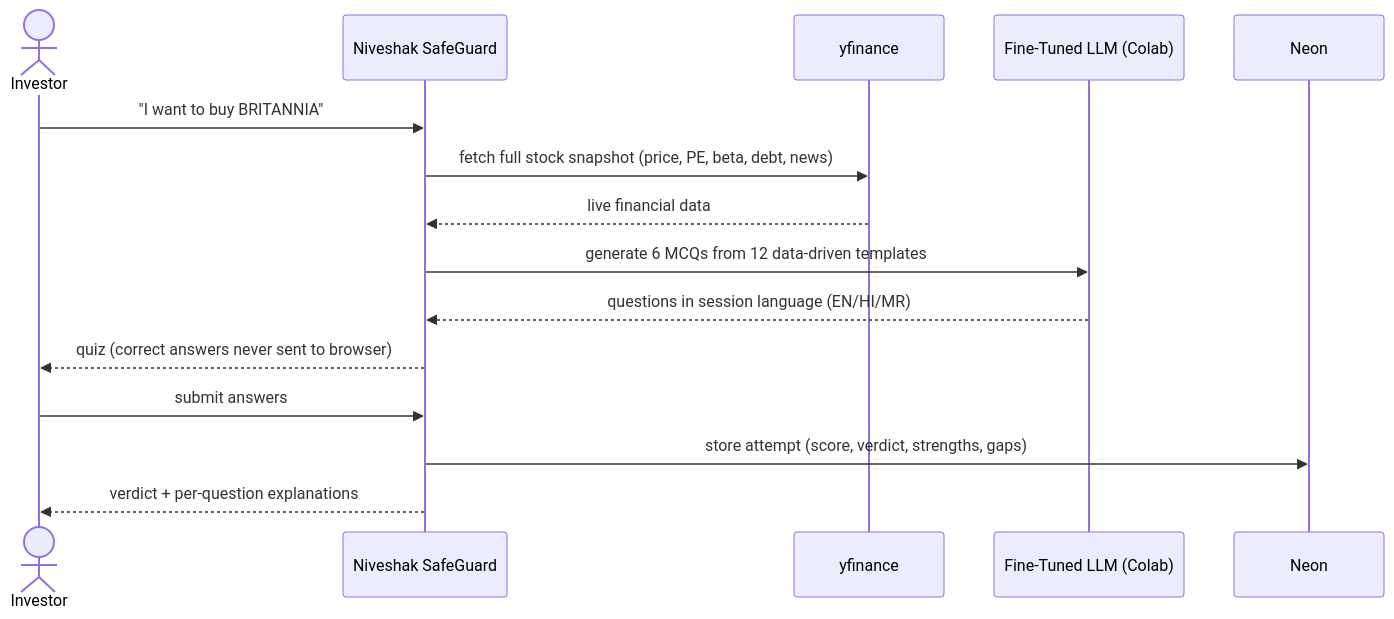
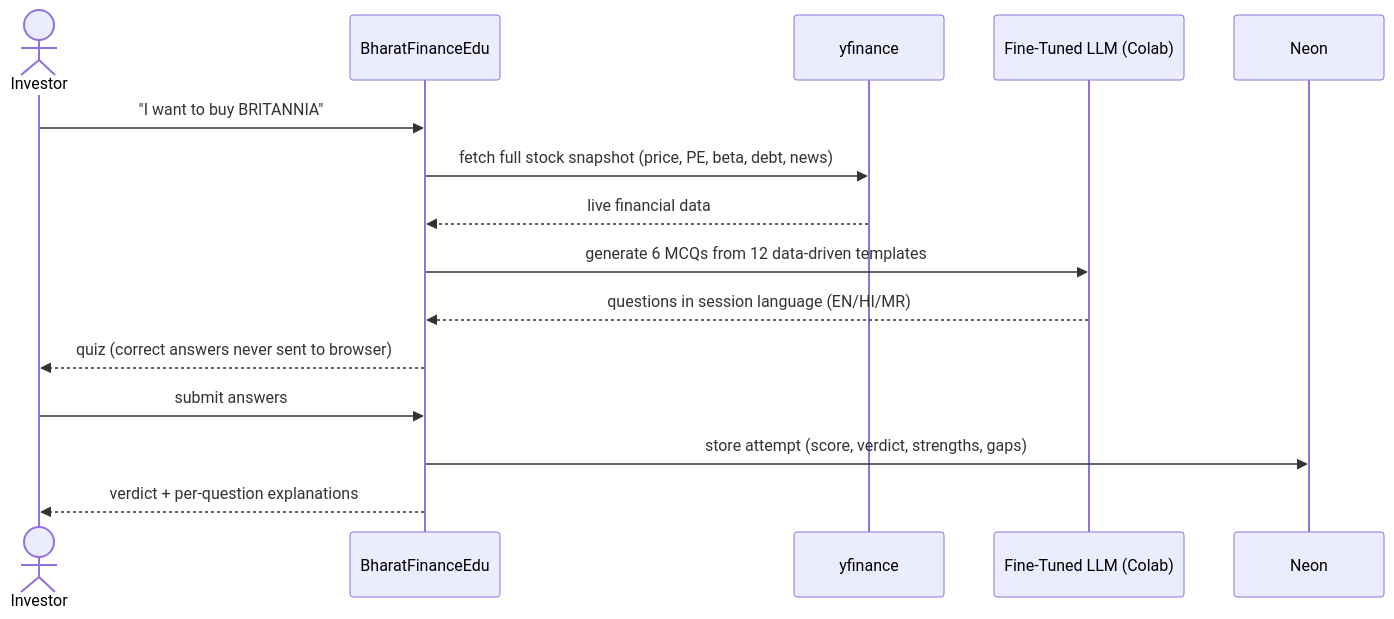
Before and after one commit to VishwaRK-ai/BharatFinanceEdu: the second of 2 diagrams in README.md, drawn with Mermaid. The commit also changed other lines of this file and 6 other files, not shown here.

Commit message:
Update project and UI branding to BharatFinanceEdu

````diff
--- a/README.md
+++ b/README.md
@@ -329,18 +329,18 @@
 ```mermaid
 sequenceDiagram
     actor U as Investor
-    participant NS as Niveshak SafeGuard
+    participant NS as BharatFinanceEdu
     participant YF as yfinance
     participant LLM as Fine-Tuned LLM (Colab)
     participant DB as Neon
 
     U->>NS: "I want to buy BRITANNIA"
     NS->>YF: fetch full stock snapshot (price, PE, beta, debt, news)
     YF-->>NS: live financial data
     NS->>LLM: generate 6 MCQs from 12 data-driven templates
     LLM-->>NS: questions in session language (EN/HI/MR)
     NS-->>U: quiz (correct answers never sent to browser)
     U->>NS: submit answers
     NS->>DB: store attempt (score, verdict, strengths, gaps)
     NS-->>U: verdict + per-question explanations
 ```
````
